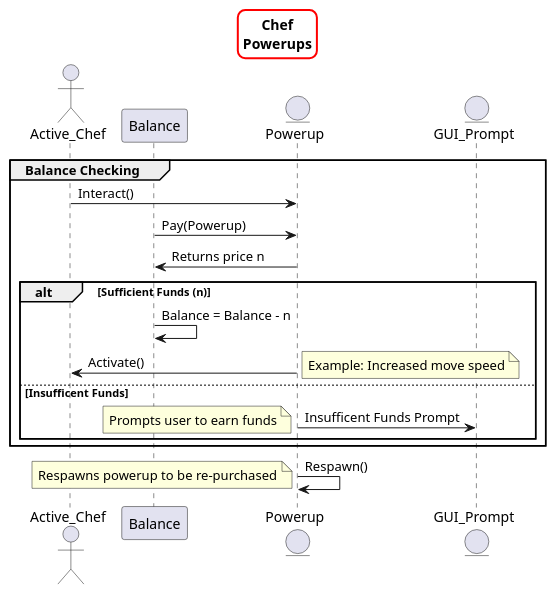
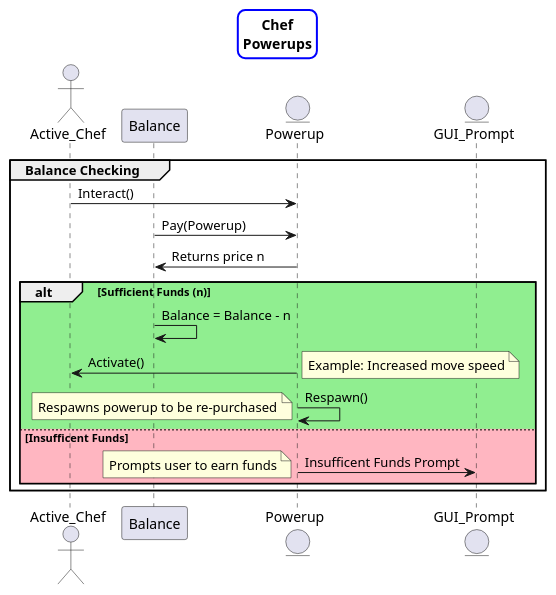
The diagram in A2/A2 Architecture/Sequence Diagrams/Powerup.puml (Runtime-Terrors-Team-5/-A2-UML), drawn with PlantUML before and after one commit. The commit also changed 8 other files, not shown here.

First line of the commit message:
All Sequence Diagrams Completed

```diff
--- a/A2/A2 Architecture/Sequence Diagrams/Powerup.puml
+++ b/A2/A2 Architecture/Sequence Diagrams/Powerup.puml
@@ -3,29 +3,29 @@
 @startuml
 skinparam titleBorderRoundCorner 15
 skinparam titleBorderThickness 2
-skinparam titleBorderColor red
+skinparam titleBorderColor blue
 title Chef\nPowerups
 
 actor Active_Chef as Chef
 participant Balance as Money
 entity Powerup as Power
 entity GUI_Prompt as GUI
 
 ' Checking for correct funds
 group Balance Checking
     Chef -> Power : Interact()
     Money -> Power : Pay(Powerup)
     Money <- Power : Returns price n
     ' Activates powerup / prompts user to earn money
-    alt Sufficient Funds (n)
+    alt #LightGreen Sufficient Funds (n)
         Money -> Money : Balance = Balance - n
         Chef <- Power  : Activate()
         note right : Example: Increased move speed
-    else Insufficent Funds
+        Power -> Power : Respawn()
+        note left: Respawns powerup to be re-purchased
+    else #LightPink Insufficent Funds
         Power -> GUI : Insufficent Funds Prompt
         note left: Prompts user to earn funds
     end
 end
-Power -> Power : Respawn()
-note left: Respawns powerup to be re-purchased
 @enduml
```
